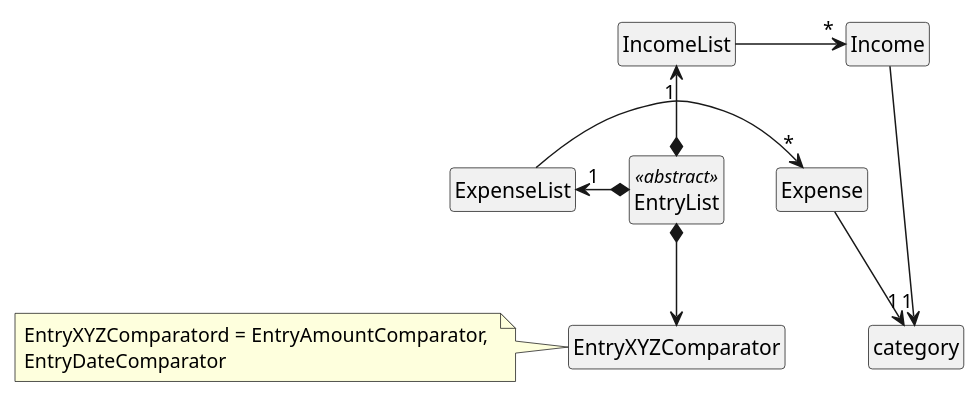
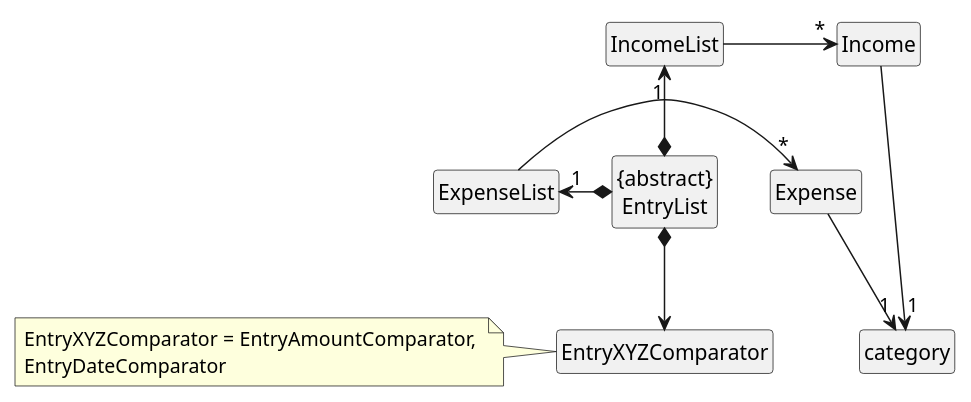
Before and after one commit to nus-cs2113-AY2223S2/tp: the diagram in docs/diagrams/EntryListClassDiagram.puml, drawn with PlantUML. The commit also changed 2 other files, not shown here.

```diff
--- a/docs/diagrams/EntryListClassDiagram.puml
+++ b/docs/diagrams/EntryListClassDiagram.puml
@@ -1,28 +1,28 @@
 @startuml
 'https://plantuml.com/class-diagram
 
 hide circle
 hide member
 
-class "EntryList" as entryList <<abstract>>
+class "{abstract}\nEntryList" as entryList
 
 entryList *-left-> "1" ExpenseList
 
 entryList *--> EntryXYZComparator
-note left of EntryXYZComparator: EntryXYZComparatord = EntryAmountComparator, \nEntryDateComparator
+note left of EntryXYZComparator: EntryXYZComparator = EntryAmountComparator, \nEntryDateComparator
 
 entryList *-left-> "1" IncomeList
 
 IncomeList -[hidden]down- ExpenseList
 
 
 ExpenseList -right-> "*" Expense
 IncomeList -right-> "*" Income
 
 
 Expense -down-> "1" category
 Income -down-> "1" category
 
 
 
 @enduml
```
